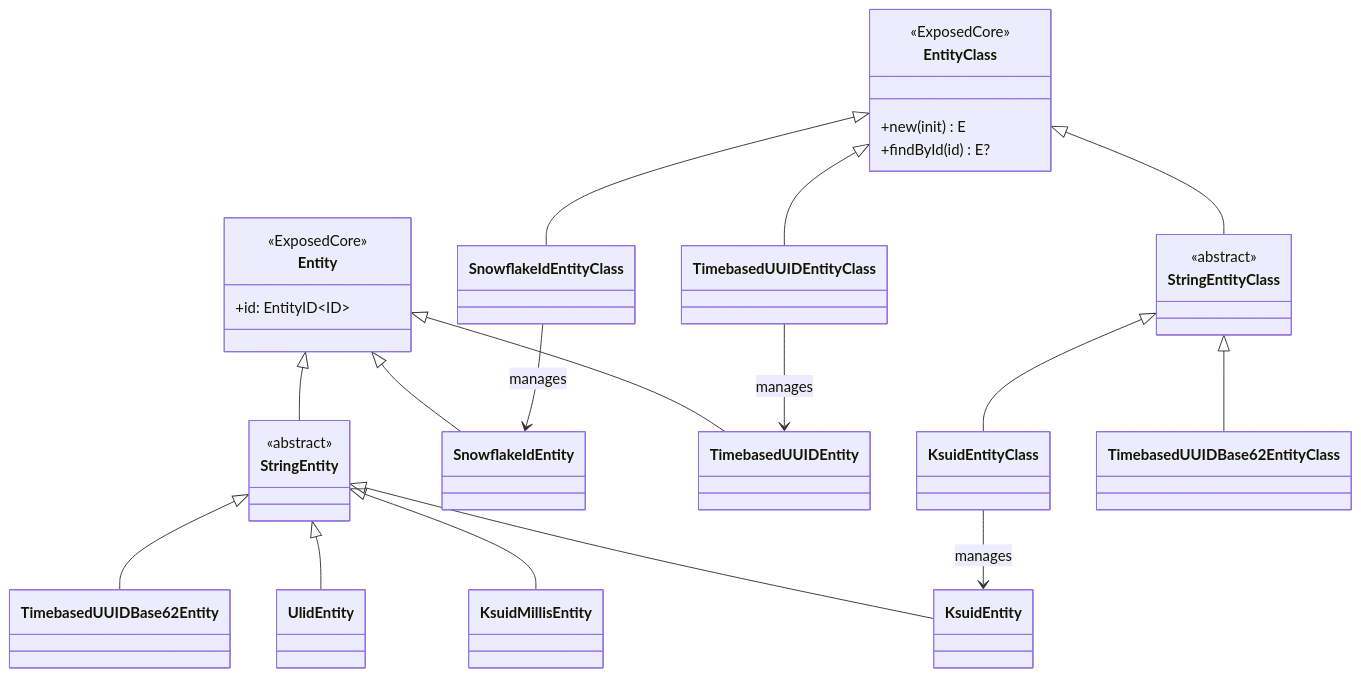
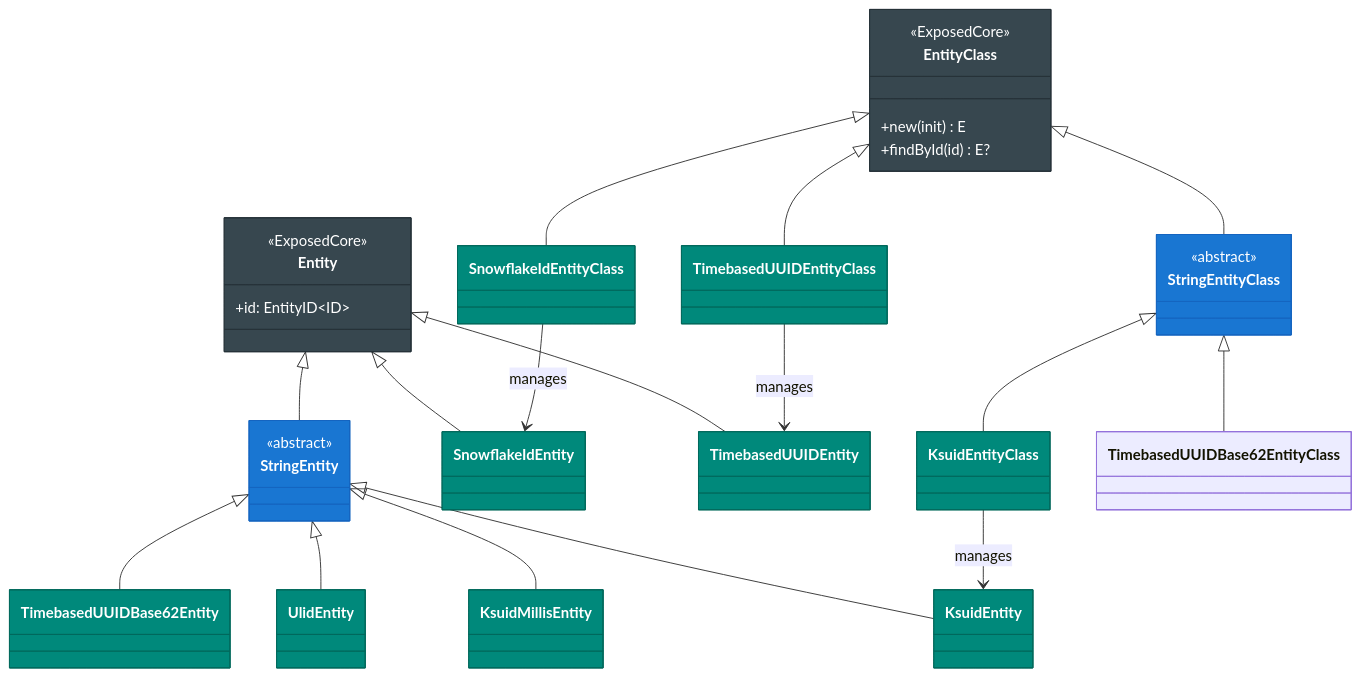
Before and after one commit to bluetape4k/bluetape4k-projects: the third of 4 diagrams in data/exposed-dao/README.md, drawn with Mermaid. The commit also changed other lines of this file and 221 other files, not shown here.

First line of the commit message:
docs: 전체 모듈 README UML 다이어그램 보강 및 색상 업그레이드

````diff
--- a/data/exposed-dao/README.md
+++ b/data/exposed-dao/README.md
@@ -304,46 +317,60 @@
 ```mermaid
 classDiagram
     class Entity {
 <<ExposedCore>>
 +id: EntityID~ID~
 }
 class StringEntity {
 <<abstract>>
 }
 class KsuidEntity
 class KsuidMillisEntity
 class UlidEntity
 class SnowflakeIdEntity
 class TimebasedUUIDEntity
 class TimebasedUUIDBase62Entity
 
 class EntityClass {
 <<ExposedCore>>
 +new(init) E
 +findById(id) E?
 }
 class StringEntityClass {
 <<abstract>>
 }
 class KsuidEntityClass
 class SnowflakeIdEntityClass
 class TimebasedUUIDEntityClass
 
 Entity <|-- StringEntity
 StringEntity <|-- KsuidEntity
 StringEntity <|-- KsuidMillisEntity
 StringEntity <|-- UlidEntity
 StringEntity <|-- TimebasedUUIDBase62Entity
 Entity <|-- SnowflakeIdEntity
 Entity <|-- TimebasedUUIDEntity
 
 EntityClass <|-- StringEntityClass
 StringEntityClass <|-- KsuidEntityClass
 StringEntityClass <|-- TimebasedUUIDBase62EntityClass
 EntityClass <|-- SnowflakeIdEntityClass
 EntityClass <|-- TimebasedUUIDEntityClass
 
 KsuidEntityClass --> KsuidEntity: manages
 SnowflakeIdEntityClass --> SnowflakeIdEntity: manages
 TimebasedUUIDEntityClass --> TimebasedUUIDEntity: manages
+
+    style Entity fill:#37474F,stroke:#263238,color:#FFFFFF
+    style EntityClass fill:#37474F,stroke:#263238,color:#FFFFFF
+    style StringEntity fill:#1976D2,stroke:#1565C0,color:#FFFFFF
+    style StringEntityClass fill:#1976D2,stroke:#1565C0,color:#FFFFFF
+    style KsuidEntity fill:#00897B,stroke:#00695C,color:#FFFFFF
+    style KsuidMillisEntity fill:#00897B,stroke:#00695C,color:#FFFFFF
+    style UlidEntity fill:#00897B,stroke:#00695C,color:#FFFFFF
+    style SnowflakeIdEntity fill:#00897B,stroke:#00695C,color:#FFFFFF
+    style TimebasedUUIDEntity fill:#00897B,stroke:#00695C,color:#FFFFFF
+    style TimebasedUUIDBase62Entity fill:#00897B,stroke:#00695C,color:#FFFFFF
+    style KsuidEntityClass fill:#00897B,stroke:#00695C,color:#FFFFFF
+    style SnowflakeIdEntityClass fill:#00897B,stroke:#00695C,color:#FFFFFF
+    style TimebasedUUIDEntityClass fill:#00897B,stroke:#00695C,color:#FFFFFF
 ```
````
